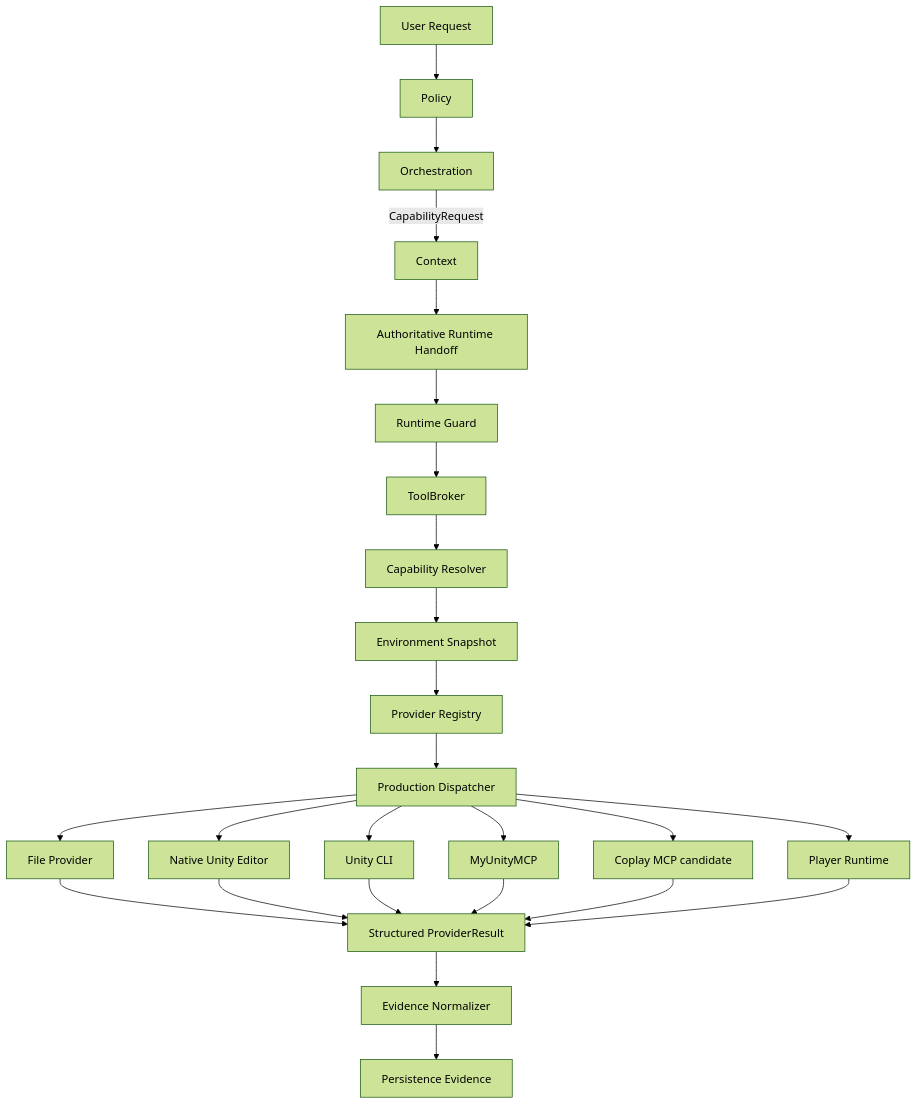
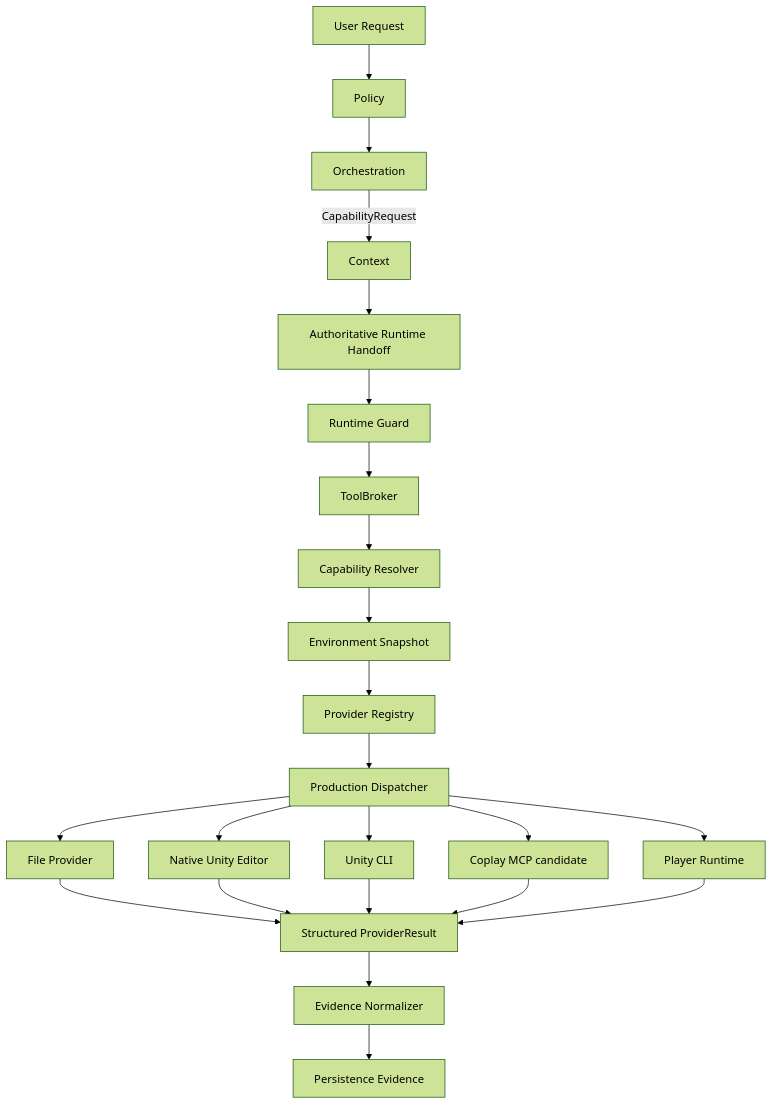
The first of 4 diagrams in Specs/UnityToolRuntime.md (DarumaPPAP/UnityAgent), drawn with Mermaid (forest theme) before and after one commit. The commit also changed other lines of this file and 15 other files, not shown here.

First line of the commit message:
chore: retired MyUnityMcp Runtime Adapterを削除 (#171)

````diff
--- a/Specs/UnityToolRuntime.md
+++ b/Specs/UnityToolRuntime.md
@@ -42,31 +42,29 @@
 ```mermaid
 flowchart TD
     U[User Request] --> P[Policy]
     P --> O[Orchestration]
     O -->|CapabilityRequest| C[Context]
     C --> H[Authoritative Runtime Handoff]
 
     H --> G[Runtime Guard]
     G --> B[ToolBroker]
     B --> R[Capability Resolver]
     R --> E[Environment Snapshot]
     E --> PR[Provider Registry]
     PR --> D[Production Dispatcher]
 
     D --> F[File Provider]
     D --> N[Native Unity Editor]
     D --> UC[Unity CLI]
-    D --> M[MyUnityMCP]
     D --> CM[Coplay MCP candidate]
     D --> PL[Player Runtime]
 
     F --> X[Structured ProviderResult]
     N --> X
     UC --> X
-    M --> X
     CM --> X
     PL --> X
 
     X --> EV[Evidence Normalizer]
     EV --> PE[Persistence Evidence]
 ```
````
